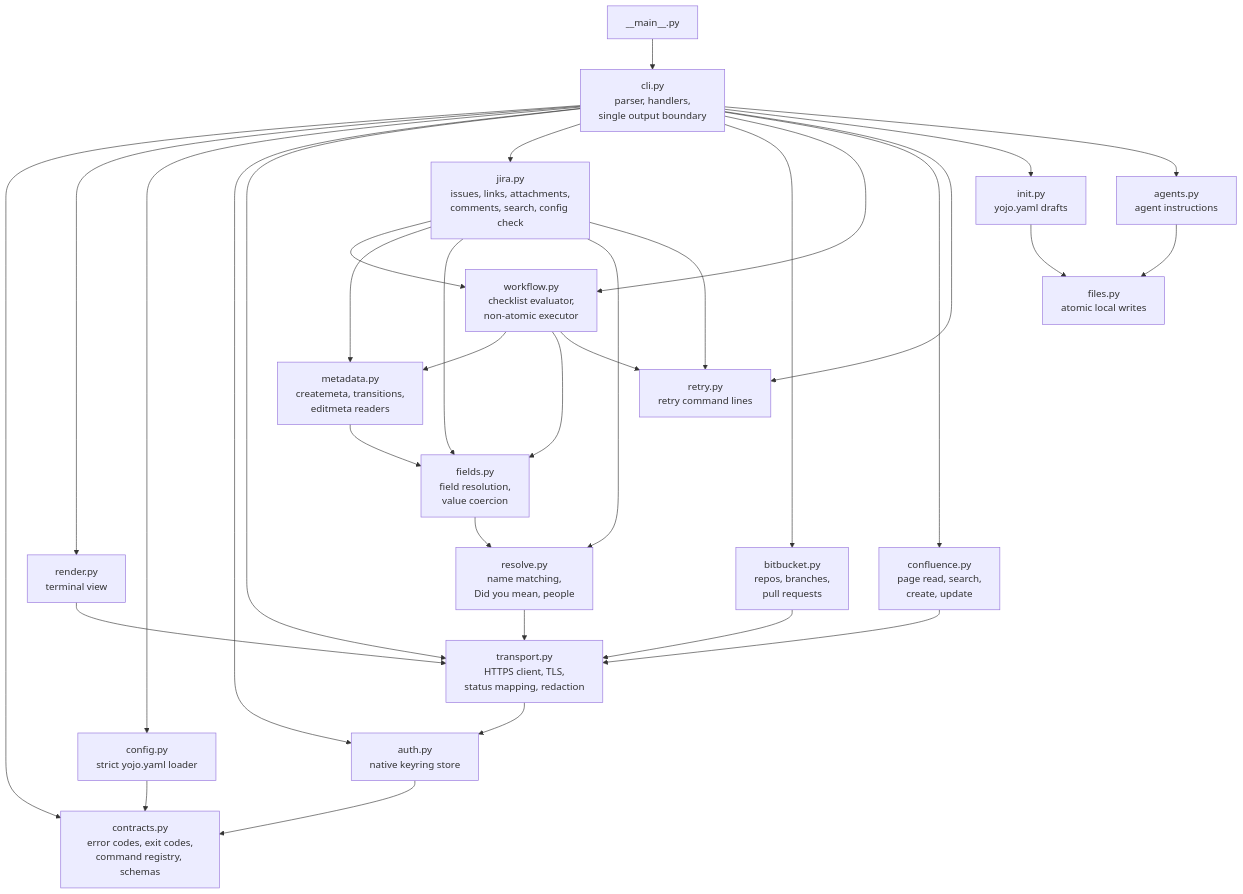
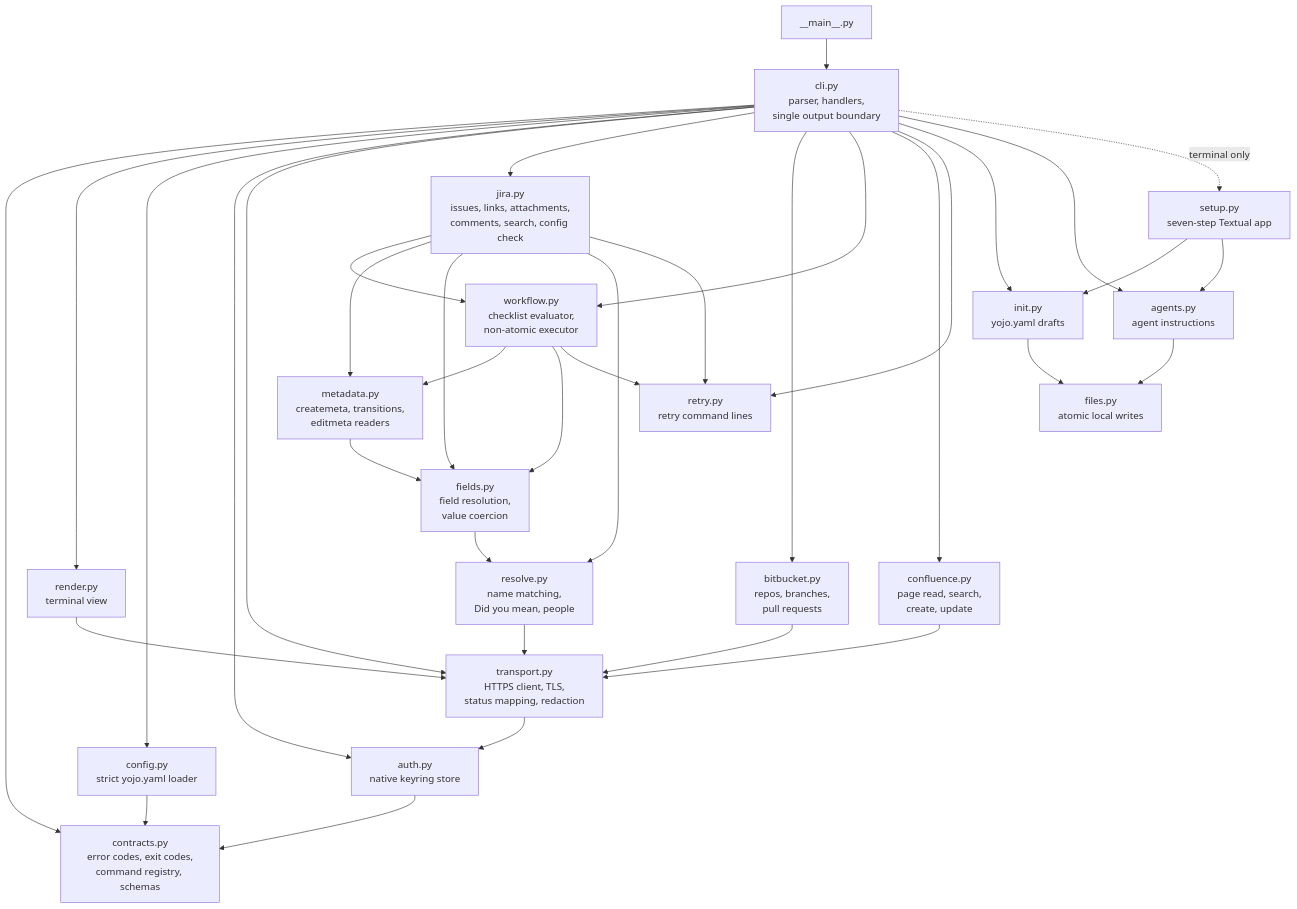
One commit to calvinware/atlass-cli changed the diagram in docs/contributing.md. Above: the diagram before and after it, drawn with Mermaid. The commit also changed other lines of this file and 34 other files, not shown here.

Commit message:
feat(setup): add seven-step Textual setup app (#18)

````diff
--- a/docs/contributing.md
+++ b/docs/contributing.md
@@ -33,38 +34,41 @@
 ```mermaid
 flowchart TD
     main["__main__.py"] --> cli
     cli["cli.py<br/>parser, handlers,<br/>single output boundary"] --> contracts
     cli --> render
     cli --> config
     cli --> auth
     cli --> transport
     cli --> jira
     cli --> bitbucket
     cli --> workflow
     cli --> confluence
     cli --> retry
     cli --> init
     cli --> agents
+    cli -. "terminal only" .-> setup
+    setup["setup.py<br/>seven-step Textual app"] --> init
+    setup --> agents
     init["init.py<br/>yojo.yaml drafts"] --> files
     agents["agents.py<br/>agent instructions"] --> files
     files["files.py<br/>atomic local writes"]
     jira["jira.py<br/>issues, links, attachments,<br/>comments, search, config check"] --> workflow
     jira --> metadata
     jira --> fields
     jira --> resolve
     jira --> retry
     workflow["workflow.py<br/>checklist evaluator,<br/>non-atomic executor"] --> metadata
     workflow --> fields
     workflow --> retry
     confluence["confluence.py<br/>page read, search,<br/>create, update"] --> transport
     bitbucket["bitbucket.py<br/>repos, branches,<br/>pull requests"] --> transport
     metadata["metadata.py<br/>createmeta, transitions,<br/>editmeta readers"] --> fields
     fields["fields.py<br/>field resolution,<br/>value coercion"] --> resolve
     resolve["resolve.py<br/>name matching,<br/>Did you mean, people"] --> transport
     retry["retry.py<br/>retry command lines"]
     render["render.py<br/>terminal view"] --> transport
     transport["transport.py<br/>HTTPS client, TLS,<br/>status mapping, redaction"] --> auth
     auth["auth.py<br/>native keyring store"] --> contracts
     config["config.py<br/>strict yojo.yaml loader"] --> contracts
     contracts["contracts.py<br/>error codes, exit codes,<br/>command registry, schemas"]
 ```
````
